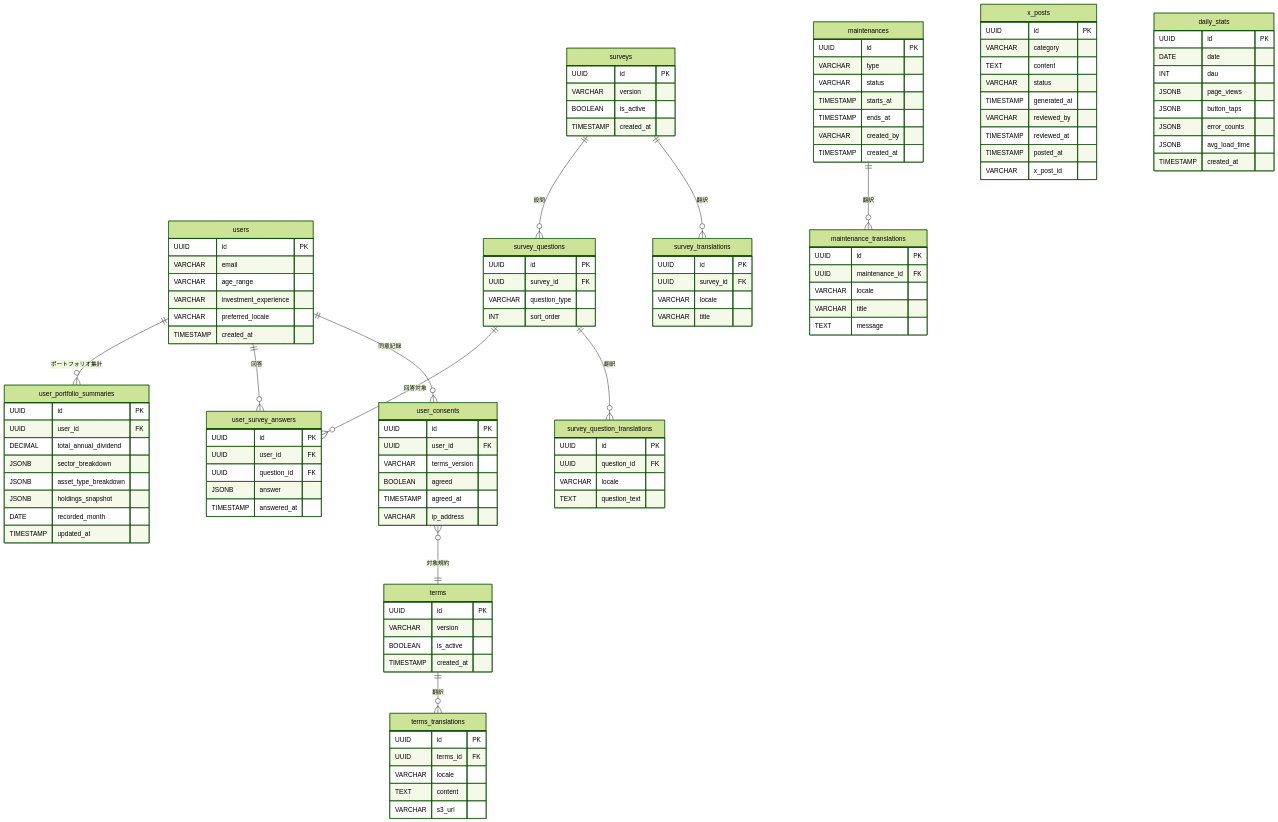
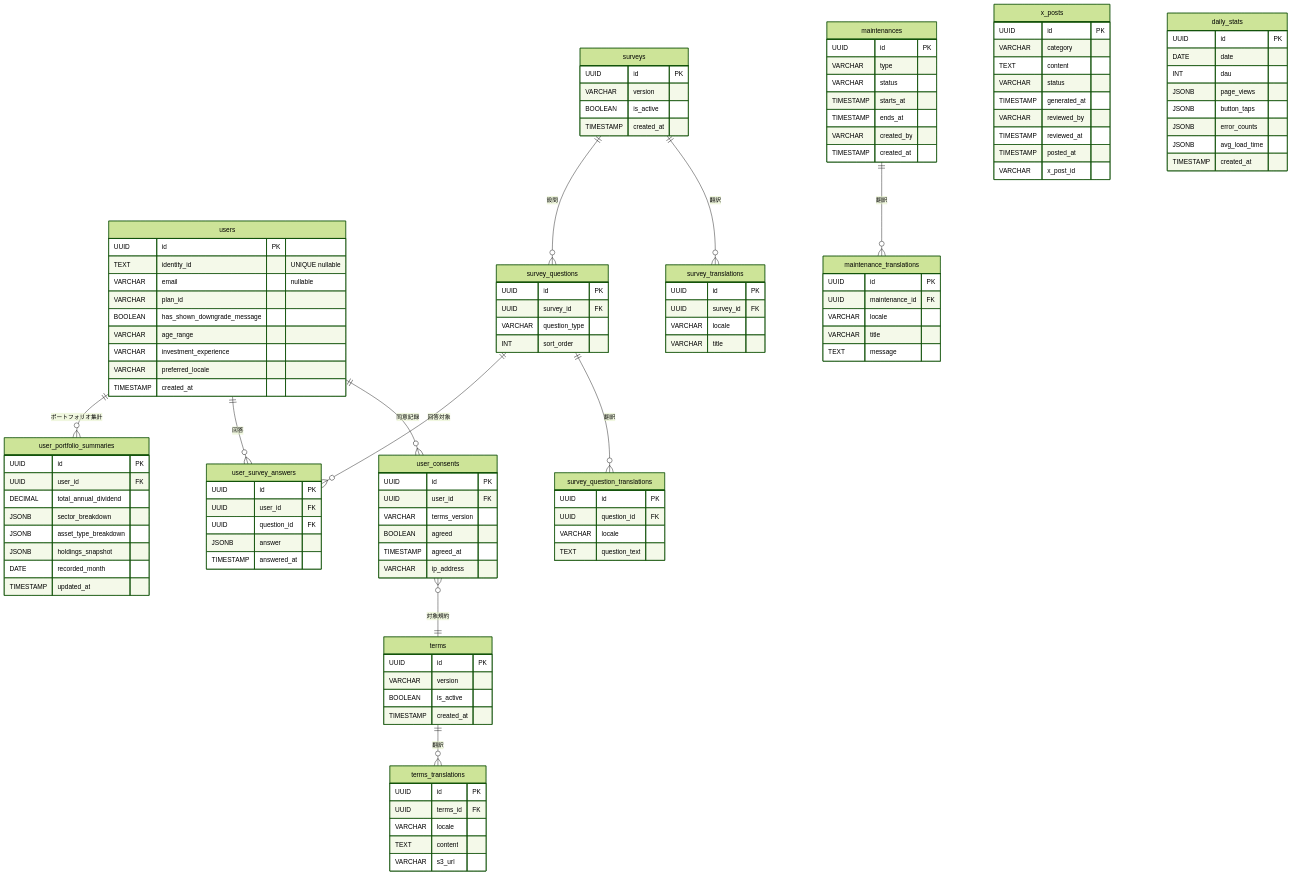
Before and after one commit to satouhiroyuki/Morincum-specs: the diagram in specs/030.database/backend-schema.md, drawn with Mermaid (forest theme). The commit also changed other lines of this file and 1 other file, not shown here.

Commit message:
docs: update backend-schema and billing-flow to reflect plan_id refactor and V012 migration

```diff
--- a/specs/030.database/backend-schema.md
+++ b/specs/030.database/backend-schema.md
@@ -46,7 +46,10 @@
 erDiagram
     users {
         UUID id PK
-        VARCHAR email
+        TEXT identity_id "UNIQUE nullable"
+        VARCHAR email "nullable"
+        VARCHAR plan_id
+        BOOLEAN has_shown_downgrade_message
         VARCHAR age_range
         VARCHAR investment_experience
         VARCHAR preferred_locale
```
